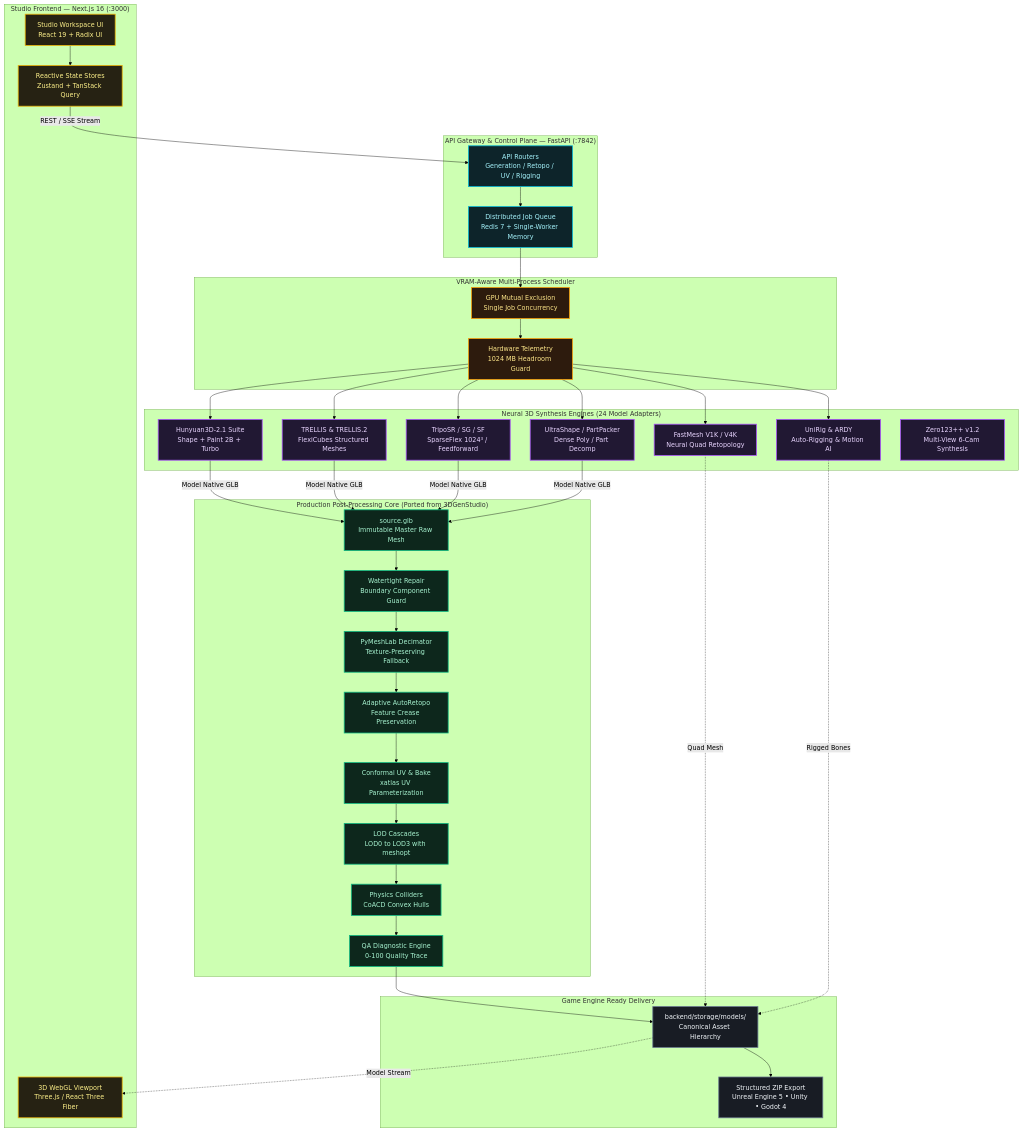
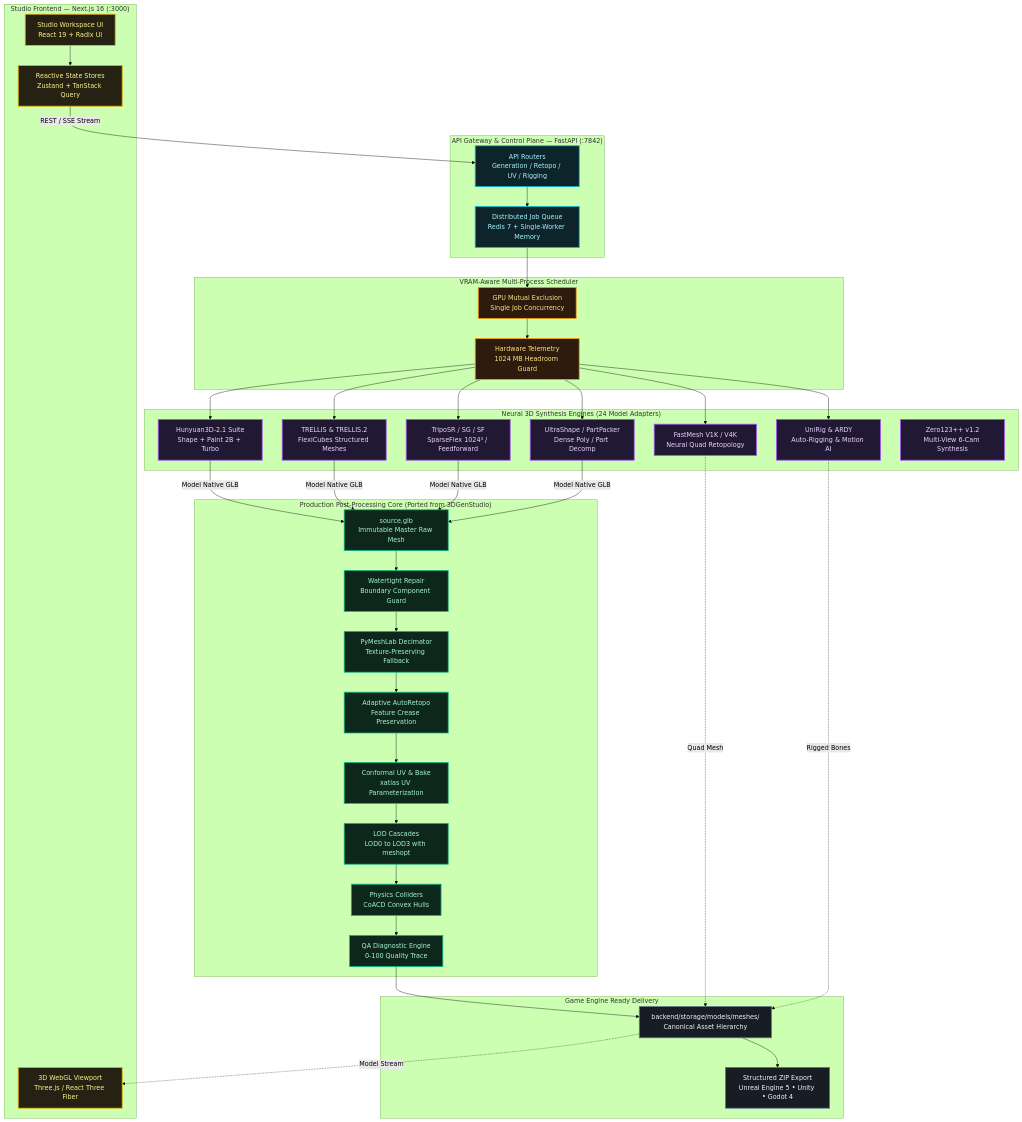
One commit to Silentzx2/ForMash3D changed the diagram in README.md. Above: the diagram before and after it, drawn with Mermaid (forest theme). The commit also changed other lines of this file and 43 other files, not shown here.

```diff
--- a/README.md
+++ b/README.md
@@ -169,7 +169,7 @@
     end
 
     subgraph Delivery["Game Engine Ready Delivery"]
-        ASSET_STORE["backend/storage/models/<br/>Canonical Asset Hierarchy"]:::slate
+        ASSET_STORE["backend/storage/models/meshes/<br/>Canonical Asset Hierarchy"]:::slate
         ZIP["Structured ZIP Export<br/>Unreal Engine 5 • Unity • Godot 4"]:::slate
     end
 
```
